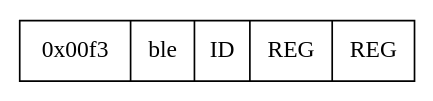
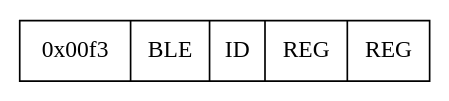
The diagram in docs/books/crexx_vm_spec/0x00f3.gv (adesutherland/CREXX), drawn with Graphviz before and after one commit. The commit also changed 528 other files, not shown here.

```diff
--- a/docs/books/crexx_vm_spec/0x00f3.gv
+++ b/docs/books/crexx_vm_spec/0x00f3.gv
@@ -1,4 +1,4 @@
 digraph regs {
 node[shape=record]
-struct1 [label="0x00f3|ble        |   ID|REG|REG          "];
+struct1 [label="0x00f3|BLE        |   ID|REG|REG          "];
 }
```
